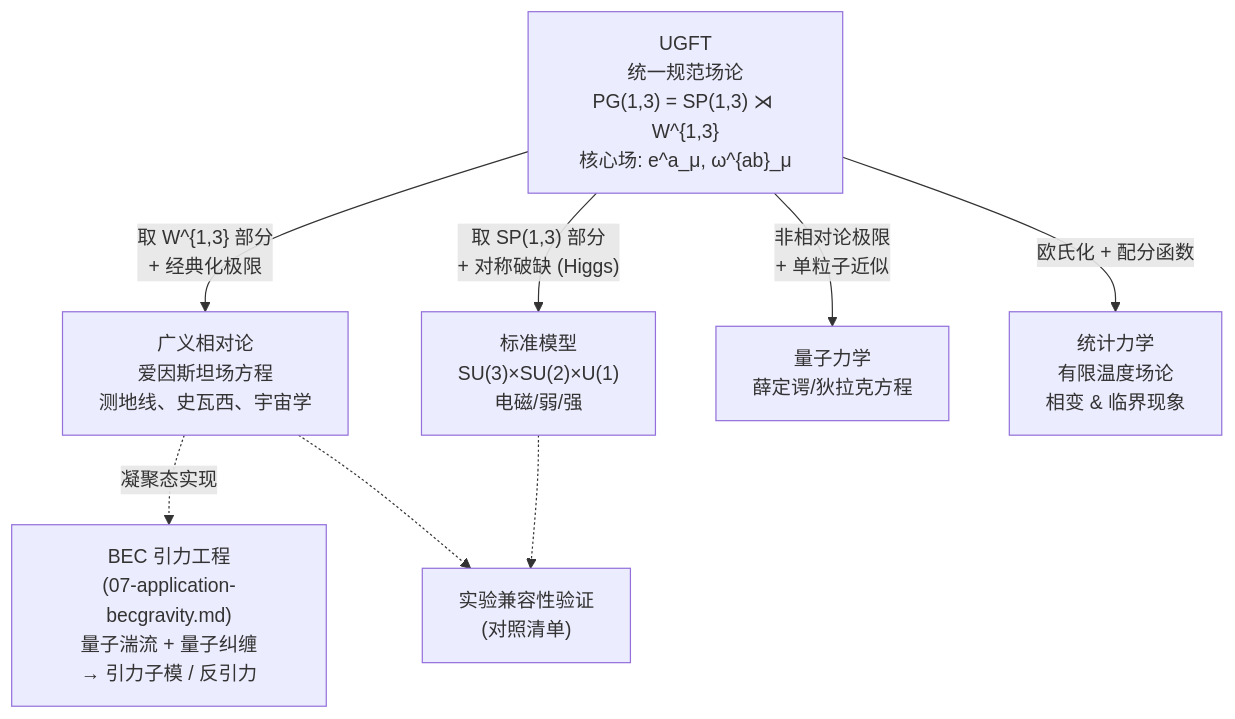
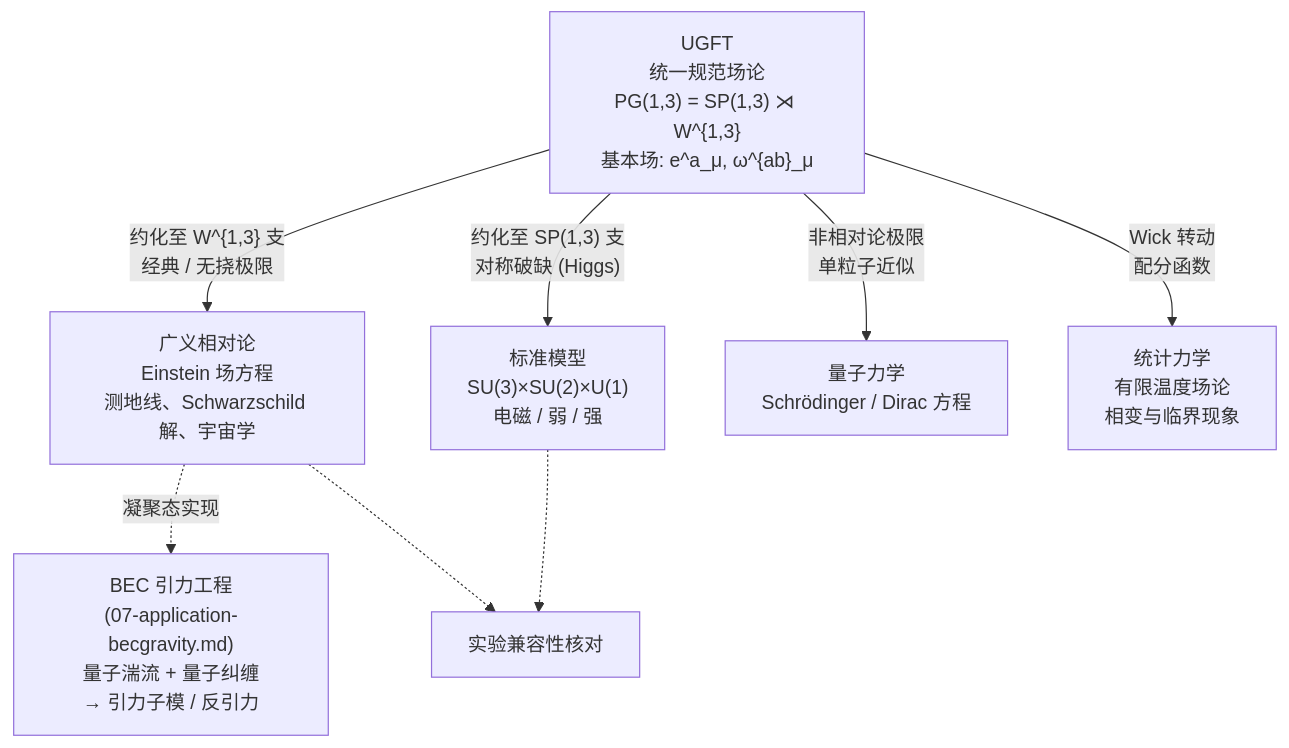
The diagram in docs_ugft/00-overview.md (wanjochan/.github), drawn with Mermaid before and after one commit. The commit also changed other lines of this file, not shown here.

````diff
--- a/docs_ugft/00-overview.md
+++ b/docs_ugft/00-overview.md
@@ -69,13 +71,13 @@
 ```mermaid
 flowchart TB
-  U["UGFT<br/>统一规范场论<br/>PG(1,3) = SP(1,3) ⋊ W^{1,3}<br/>核心场: e^a_μ, ω^{ab}_μ"]
+  U["UGFT<br/>统一规范场论<br/>PG(1,3) = SP(1,3) ⋊ W^{1,3}<br/>基本场: e^a_μ, ω^{ab}_μ"]
 
-  U -->|"取 W^{1,3} 部分<br/>+ 经典化极限"| GR["广义相对论<br/>爱因斯坦场方程<br/>测地线、史瓦西、宇宙学"]
-  U -->|"取 SP(1,3) 部分<br/>+ 对称破缺 (Higgs)"| SM["标准模型<br/>SU(3)×SU(2)×U(1)<br/>电磁/弱/强"]
-  U -->|"非相对论极限<br/>+ 单粒子近似"| QM["量子力学<br/>薛定谔/狄拉克方程"]
-  U -->|"欧氏化 + 配分函数"| ST["统计力学<br/>有限温度场论<br/>相变 & 临界现象"]
+  U -->|"约化至 W^{1,3} 支<br/>经典 / 无挠极限"| GR["广义相对论<br/>Einstein 场方程<br/>测地线、Schwarzschild 解、宇宙学"]
+  U -->|"约化至 SP(1,3) 支<br/>对称破缺 (Higgs)"| SM["标准模型<br/>SU(3)×SU(2)×U(1)<br/>电磁 / 弱 / 强"]
+  U -->|"非相对论极限<br/>单粒子近似"| QM["量子力学<br/>Schrödinger / Dirac 方程"]
+  U -->|"Wick 转动<br/>配分函数"| ST["统计力学<br/>有限温度场论<br/>相变与临界现象"]
 
   GR -.->|"凝聚态实现"| BEC["BEC 引力工程<br/>(07-application-becgravity.md)<br/>量子湍流 + 量子纠缠<br/>→ 引力子模 / 反引力"]
-  SM -.-> CV["实验兼容性验证<br/>(对照清单)"]
+  SM -.-> CV["实验兼容性核对"]
   GR -.-> CV
 ```
````
